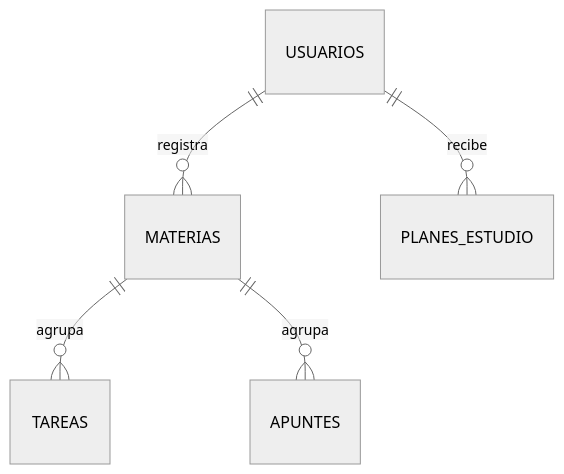
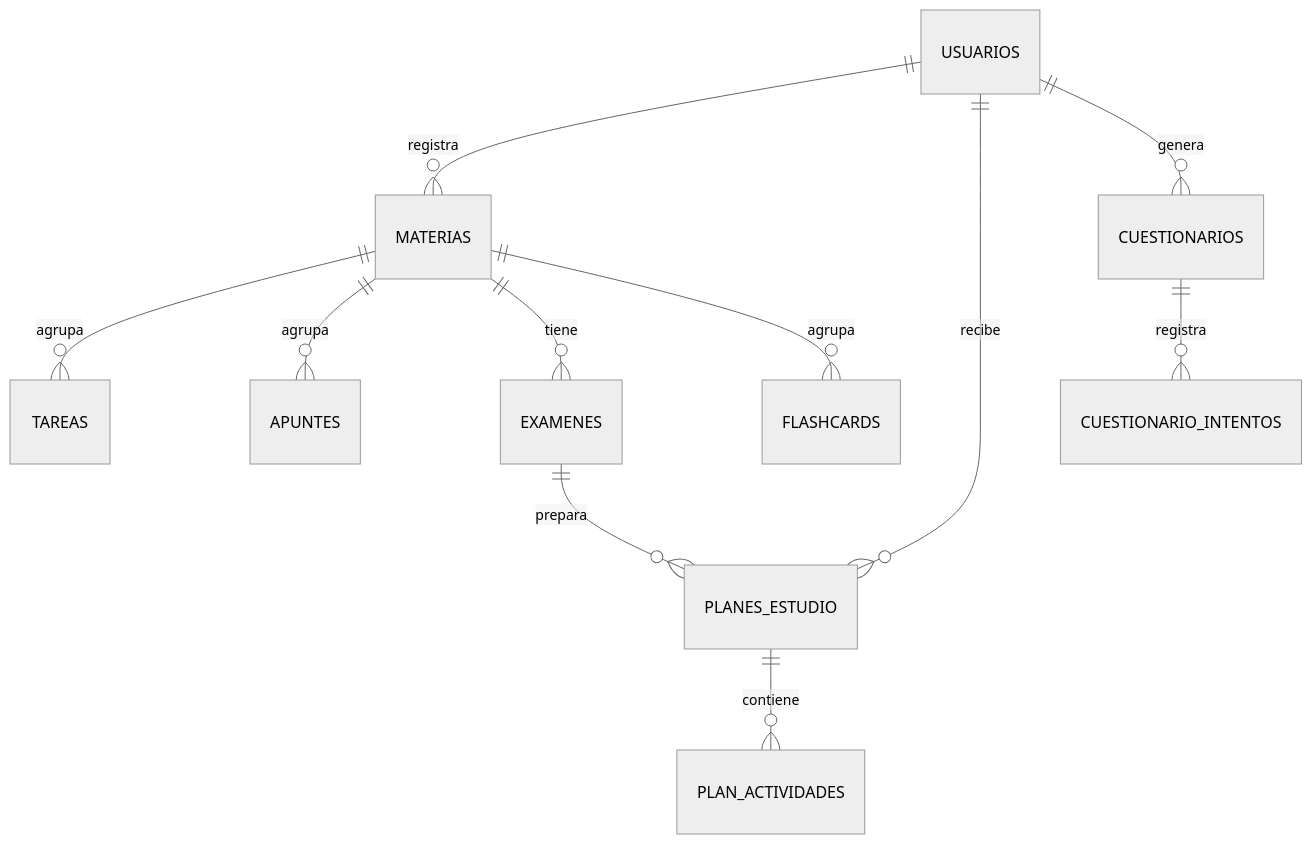
One commit to jaquelinerodas/EduPlan changed the diagram in README.md. Above: the diagram before and after it, drawn with Mermaid (neutral theme). The commit also changed other lines of this file and 2 other files, not shown here.

Commit message:
docs: documentar la versión 2 de EduPlan

````diff
--- a/README.md
+++ b/README.md
@@ -85,7 +90,13 @@
 ```mermaid
 erDiagram
     USUARIOS ||--o{ MATERIAS : registra
-    USUARIOS ||--o{ PLANES_ESTUDIO : recibe
     MATERIAS ||--o{ TAREAS : agrupa
     MATERIAS ||--o{ APUNTES : agrupa
+    MATERIAS ||--o{ EXAMENES : tiene
+    MATERIAS ||--o{ FLASHCARDS : agrupa
+    USUARIOS ||--o{ PLANES_ESTUDIO : recibe
+    PLANES_ESTUDIO ||--o{ PLAN_ACTIVIDADES : contiene
+    EXAMENES ||--o{ PLANES_ESTUDIO : prepara
+    USUARIOS ||--o{ CUESTIONARIOS : genera
+    CUESTIONARIOS ||--o{ CUESTIONARIO_INTENTOS : registra
 ```
````
